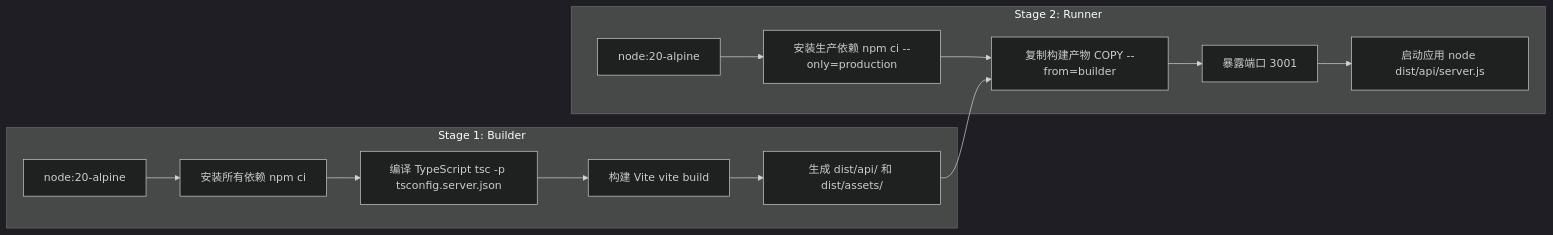
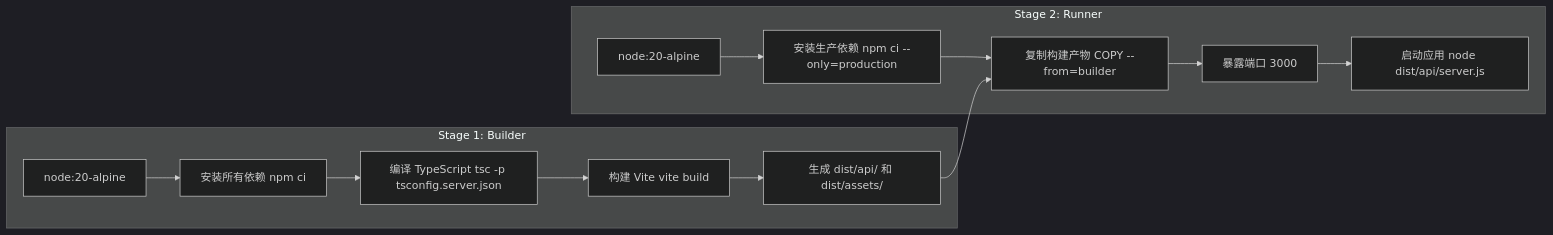
The second of 4 diagrams in Coolify部署指南.md (goldf2/CYBER_BEGGING), drawn with Mermaid (dark theme) before and after one commit. The commit also changed other lines of this file and 3 other files, not shown here.

````diff
--- a/Coolify部署指南.md
+++ b/Coolify部署指南.md
@@ -157,18 +157,18 @@
 ```mermaid
 flowchart LR
     subgraph Stage 1: Builder
         A1[node:20-alpine] --> A2[安装所有依赖 npm ci]
         A2 --> A3[编译 TypeScript tsc -p tsconfig.server.json]
         A3 --> A4[构建 Vite vite build]
         A4 --> A5[生成 dist/api/ 和 dist/assets/]
     end
     
     subgraph Stage 2: Runner
         B1[node:20-alpine] --> B2[安装生产依赖 npm ci --only=production]
         B2 --> B3[复制构建产物 COPY --from=builder]
-        B3 --> B4[暴露端口 3001]
+        B3 --> B4[暴露端口 3000]
         B4 --> B5[启动应用 node dist/api/server.js]
     end
     
     A5 --> B3
 ```
````
